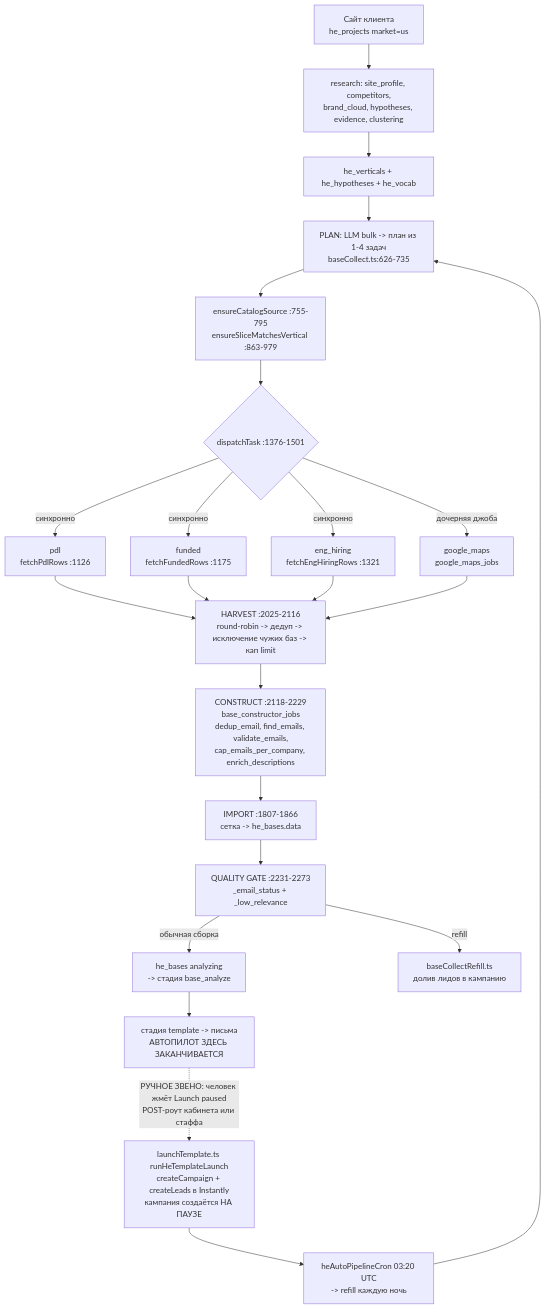
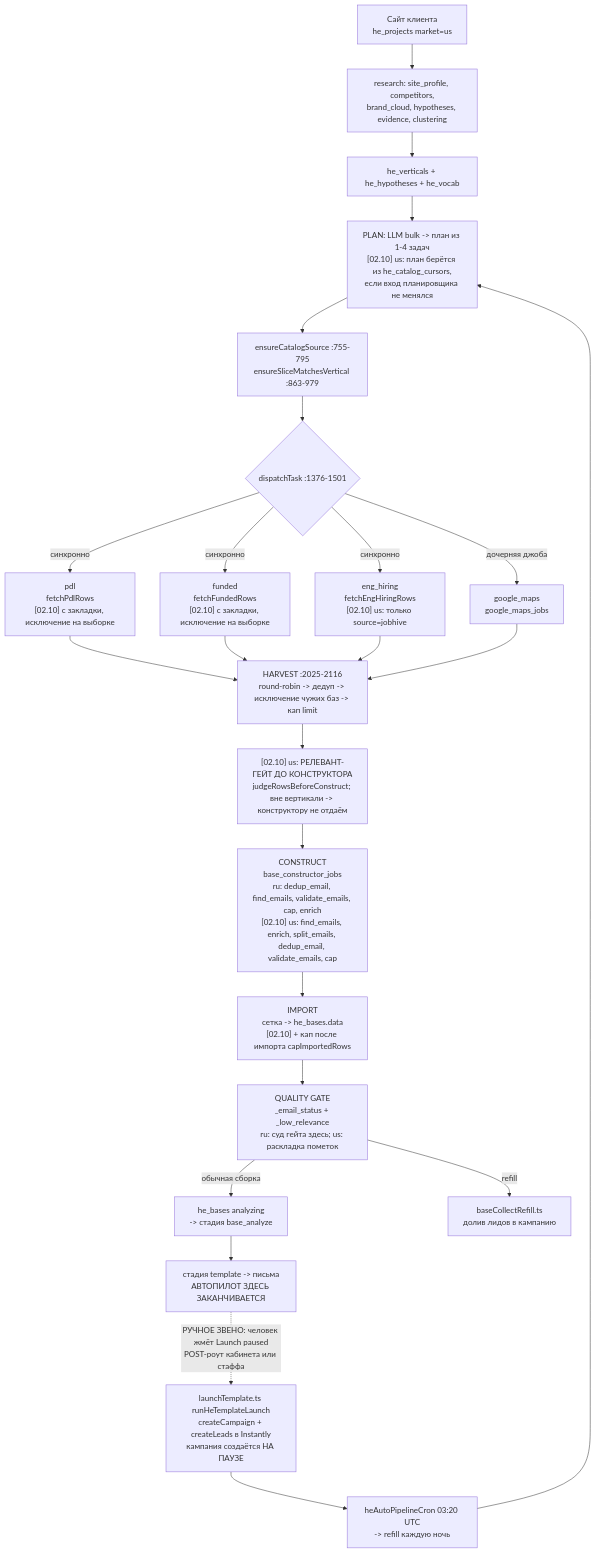
The diagram in docs/handoff/2026-09-21-eng-auto-outreach-sources-handoff.md (wemdio/Portal), drawn with Mermaid before and after one commit. The commit also changed other lines of this file and 52 other files, not shown here.

````diff
--- a/docs/handoff/2026-09-21-eng-auto-outreach-sources-handoff.md
+++ b/docs/handoff/2026-09-21-eng-auto-outreach-sources-handoff.md
@@ -130,26 +220,28 @@
 ```mermaid
 flowchart TD
     A["Сайт клиента<br/>he_projects market=us"] --> B["research: site_profile, competitors,<br/>brand_cloud, hypotheses, evidence, clustering"]
     B --> C["he_verticals + he_hypotheses + he_vocab"]
-    C --> D["PLAN: LLM bulk -> план из 1-4 задач<br/>baseCollect.ts:626-735"]
+    C --> D["PLAN: LLM bulk -> план из 1-4 задач<br/>[02.10] us: план берётся из he_catalog_cursors,<br/>если вход планировщика не менялся"]
     D --> D2["ensureCatalogSource :755-795<br/>ensureSliceMatchesVertical :863-979"]
     D2 --> E{"dispatchTask :1376-1501"}
-    E -->|"синхронно"| F1["pdl<br/>fetchPdlRows :1126"]
-    E -->|"синхронно"| F2["funded<br/>fetchFundedRows :1175"]
-    E -->|"синхронно"| F3["eng_hiring<br/>fetchEngHiringRows :1321"]
+    E -->|"синхронно"| F1["pdl<br/>fetchPdlRows<br/>[02.10] с закладки, исключение на выборке"]
+    E -->|"синхронно"| F2["funded<br/>fetchFundedRows<br/>[02.10] с закладки, исключение на выборке"]
+    E -->|"синхронно"| F3["eng_hiring<br/>fetchEngHiringRows<br/>[02.10] us: только source=jobhive"]
     E -->|"дочерняя джоба"| F4["google_maps<br/>google_maps_jobs"]
     F1 --> G["HARVEST :2025-2116<br/>round-robin -> дедуп -> исключение чужих баз -> кап limit"]
     F2 --> G
     F3 --> G
     F4 --> G
-    G --> H["CONSTRUCT :2118-2229<br/>base_constructor_jobs<br/>dedup_email, find_emails, validate_emails,<br/>cap_emails_per_company, enrich_descriptions"]
-    H --> I["IMPORT :1807-1866<br/>сетка -> he_bases.data"]
-    I --> J["QUALITY GATE :2231-2273<br/>_email_status + _low_relevance"]
+    G --> GG["[02.10] us: РЕЛЕВАНТ-ГЕЙТ ДО КОНСТРУКТОРА<br/>judgeRowsBeforeConstruct; вне вертикали -> конструктору не отдаём"]
+    GG --> H
+    H["CONSTRUCT<br/>base_constructor_jobs<br/>ru: dedup_email, find_emails, validate_emails, cap, enrich<br/>[02.10] us: find_emails, enrich, split_emails, dedup_email, validate_emails, cap"]
+    H --> I["IMPORT<br/>сетка -> he_bases.data<br/>[02.10] + кап после импорта capImportedRows"]
+    I --> J["QUALITY GATE<br/>_email_status + _low_relevance<br/>ru: суд гейта здесь; us: раскладка пометок"]
     J -->|"обычная сборка"| K["he_bases analyzing<br/>-> стадия base_analyze"]
     J -->|"refill"| L["baseCollectRefill.ts<br/>долив лидов в кампанию"]
     K --> M["стадия template -> письма<br/>АВТОПИЛОТ ЗДЕСЬ ЗАКАНЧИВАЕТСЯ"]
     M -.->|"РУЧНОЕ ЗВЕНО: человек жмёт Launch paused<br/>POST-роут кабинета или стаффа"| N
     N["launchTemplate.ts runHeTemplateLaunch<br/>createCampaign + createLeads в Instantly<br/>кампания создаётся НА ПАУЗЕ"]
     N --> O["heAutoPipelineCron 03:20 UTC<br/>-> refill каждую ночь"]
     O --> D
 ```
````
